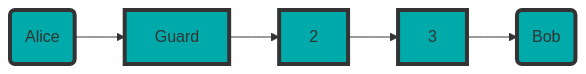
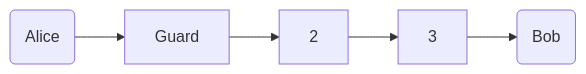
Before and after one commit to Kiyotoko/vault-sek2: the second of 3 diagrams in Klasse 11/BeLL/Memorize.md, drawn with Mermaid. The commit also changed other lines of this file, not shown here.

````diff
--- a/Klasse 11/BeLL/Memorize.md
+++ b/Klasse 11/BeLL/Memorize.md
@@ -50,5 +59,4 @@
 ```mermaid
-graph LR;
-  classDef default fill:#00AAAA,stroke:#333,stroke-width:4px;
-  A(Alice) --> 1[Guard] --> 2 --> 3 --> B(Bob)
+graph LR
+A(Alice)-->1[Guard]-->2-->3--> B(Bob)
 ```
````
